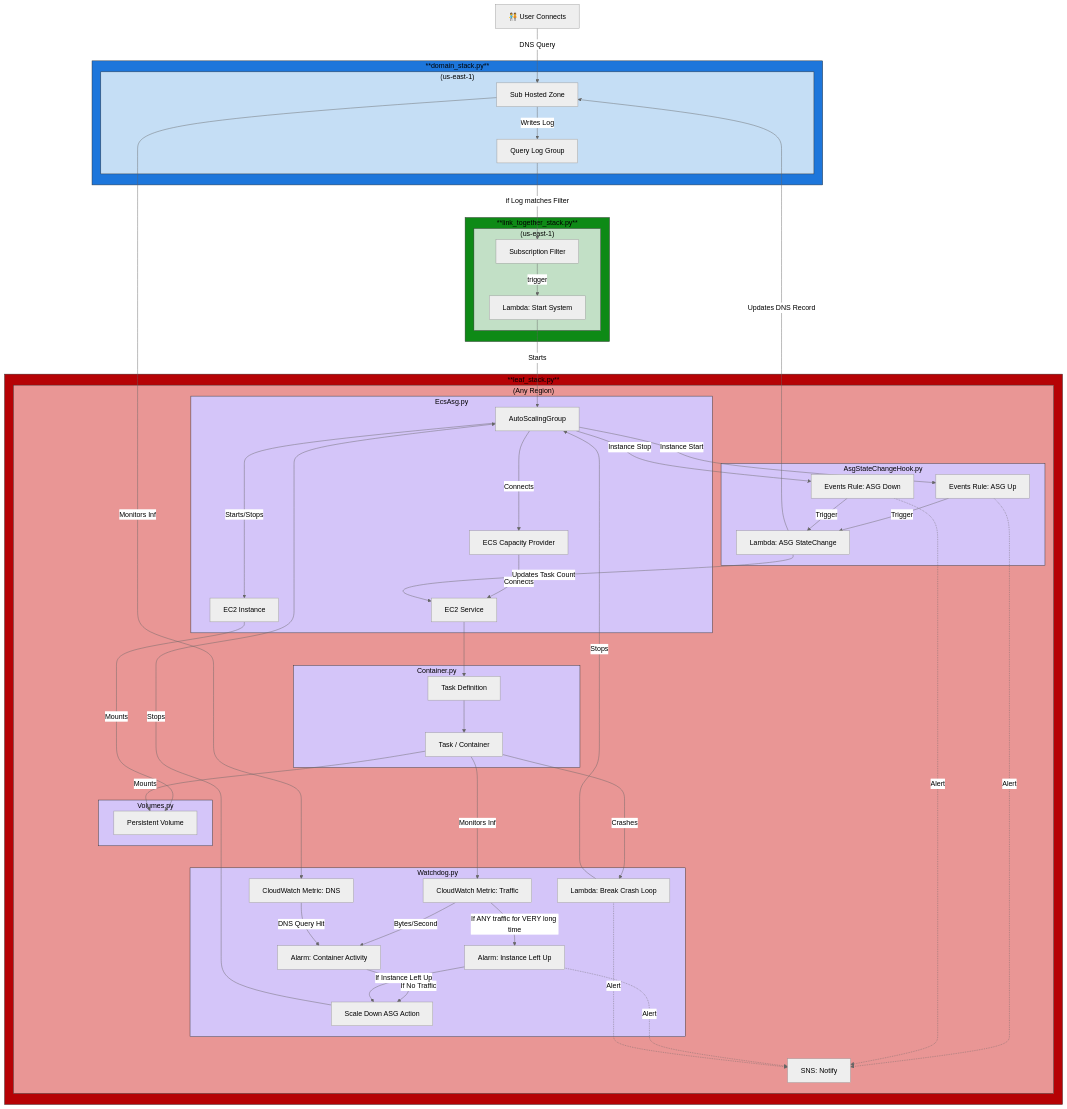
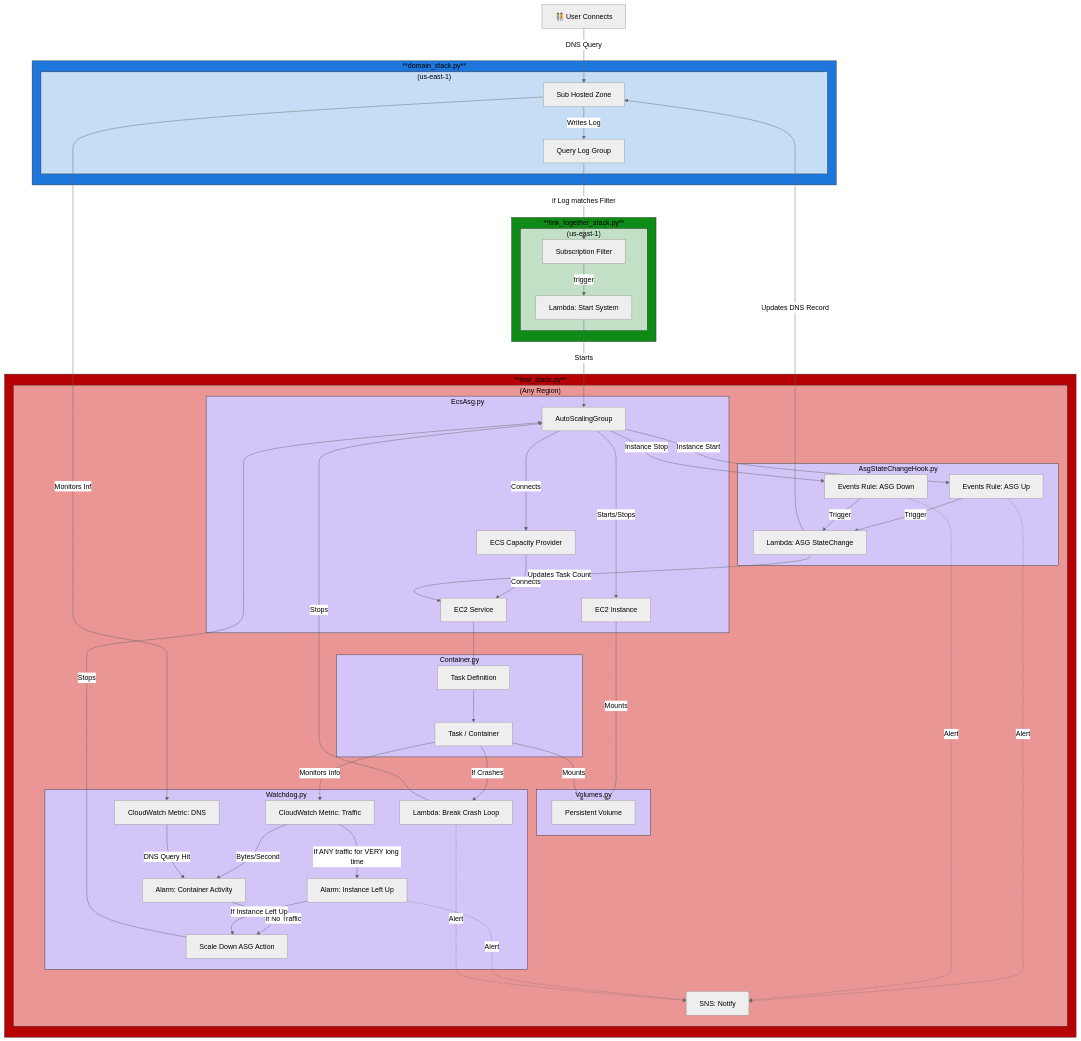
Before and after one commit to Cameronsplaze/AWS-ContainerManager: the diagram in ContainerManager/leaf_stack/README.md, drawn with Mermaid (neutral theme).

Commit message:
minor tweaks

```diff
--- a/ContainerManager/leaf_stack/README.md
+++ b/ContainerManager/leaf_stack/README.md
@@ -117,10 +117,10 @@
             end
             class Watchdog.py purple
             sub-hosted-zone --Monitors Info--> metric-traffic-dns
-            container --Monitors Info--> metric-traffic-in
+            container --" Monitors Info "--> metric-traffic-in
             scale-down-asg-action --Stops--> Asg
             alarm-instance-up -.Alert..-> sns-notify
-            container --Crashes--> lambda-break-crash-loop
+            container --If Crashes--> lambda-break-crash-loop
             lambda-break-crash-loop --Stops--> Asg
             lambda-break-crash-loop -.Alert..-> sns-notify
         end
```
